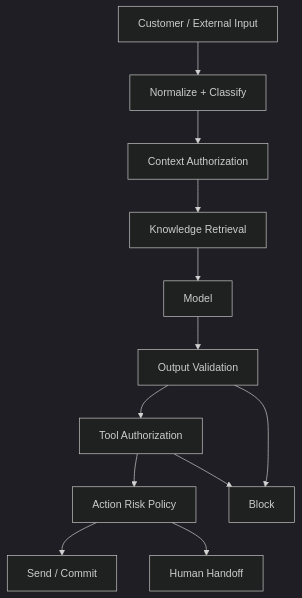
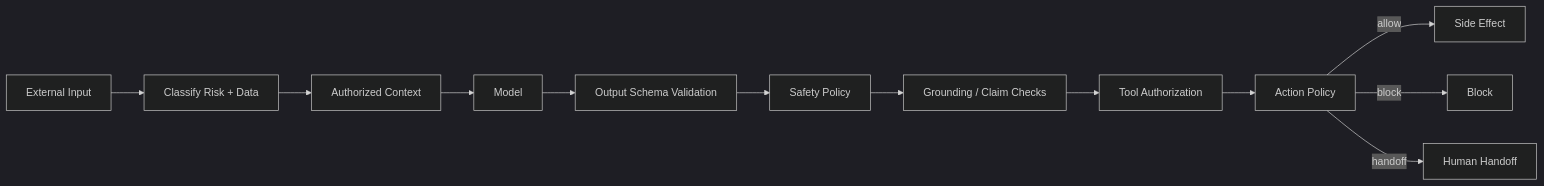
One commit to D-engahmed/OMILINKS changed the first of 2 diagrams in docs/ai/guardrails.md. Above: the diagram before and after it, drawn with Mermaid (dark theme). The commit also changed other lines of this file and 2 other files, not shown here.

````diff
--- a/docs/ai/guardrails.md
+++ b/docs/ai/guardrails.md
@@ -26,14 +23,14 @@
-```mermaid
-flowchart TD
-    INPUT[Customer / External Input] --> NORMALIZE[Normalize + Classify]
-    NORMALIZE --> CONTEXT[Context Authorization]
-    CONTEXT --> RETRIEVE[Knowledge Retrieval]
-    RETRIEVE --> MODEL[Model]
-    MODEL --> OUTPUT[Output Validation]
-    OUTPUT --> TOOL[Tool Authorization]
-    TOOL --> ACTION[Action Risk Policy]
-    ACTION --> SEND[Send / Commit]
-    ACTION --> HANDOFF[Human Handoff]
-    OUTPUT --> BLOCK[Block]
-    TOOL --> BLOCK
-```
+~~~mermaid
+flowchart LR
+IN[External Input] --> CLASSIFY[Classify Risk + Data]
+CLASSIFY --> CONTEXT[Authorized Context]
+CONTEXT --> MODEL[Model]
+MODEL --> SCHEMA[Output Schema Validation]
+SCHEMA --> SAFETY[Safety Policy]
+SAFETY --> GROUND[Grounding / Claim Checks]
+GROUND --> TOOL[Tool Authorization]
+TOOL --> ACTION[Action Policy]
+ACTION -->|allow| SIDE[Side Effect]
+ACTION -->|block| BLOCK[Block]
+ACTION -->|handoff| HUMAN[Human Handoff]
+~~~
````
